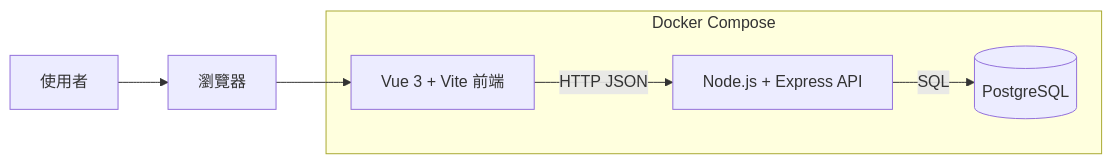
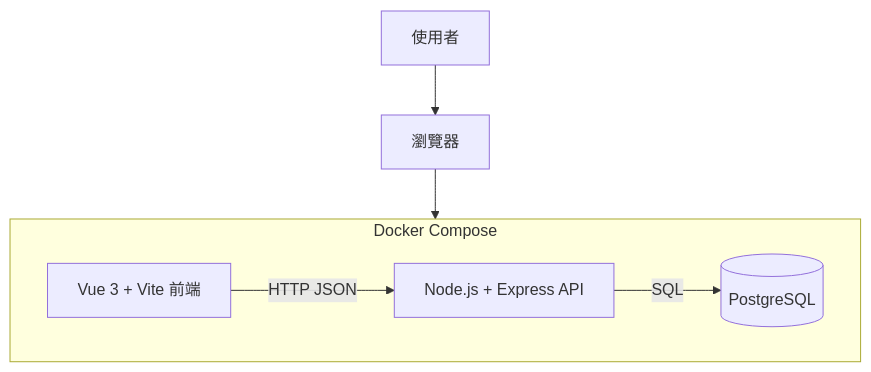
Before and after one commit to annie-clickforce/todo-fullstack: the first of 3 diagrams in docs/architecture.md, drawn with Mermaid.

Commit message:
docs:調整 MVP 架構圖排版，瀏覽器改置頂
- flowchart 方向由 LR 改為 TD，使用者/瀏覽器置於圖表上方
- Docker Compose 子圖標註 direction LR，維持內部服務左右排列

````diff
--- a/docs/architecture.md
+++ b/docs/architecture.md
@@ -7,15 +7,15 @@
 ```mermaid
-flowchart LR
+flowchart TD
     User[使用者] --> Browser[瀏覽器]
+    Browser --> Frontend
 
     subgraph Docker Compose
+        direction LR
         Frontend[Vue 3 + Vite 前端]
         API[Node.js + Express API]
         DB[(PostgreSQL)]
 
         Frontend -->|HTTP JSON| API
         API -->|SQL| DB
     end
-
-    Browser --> Frontend
 ```
````
